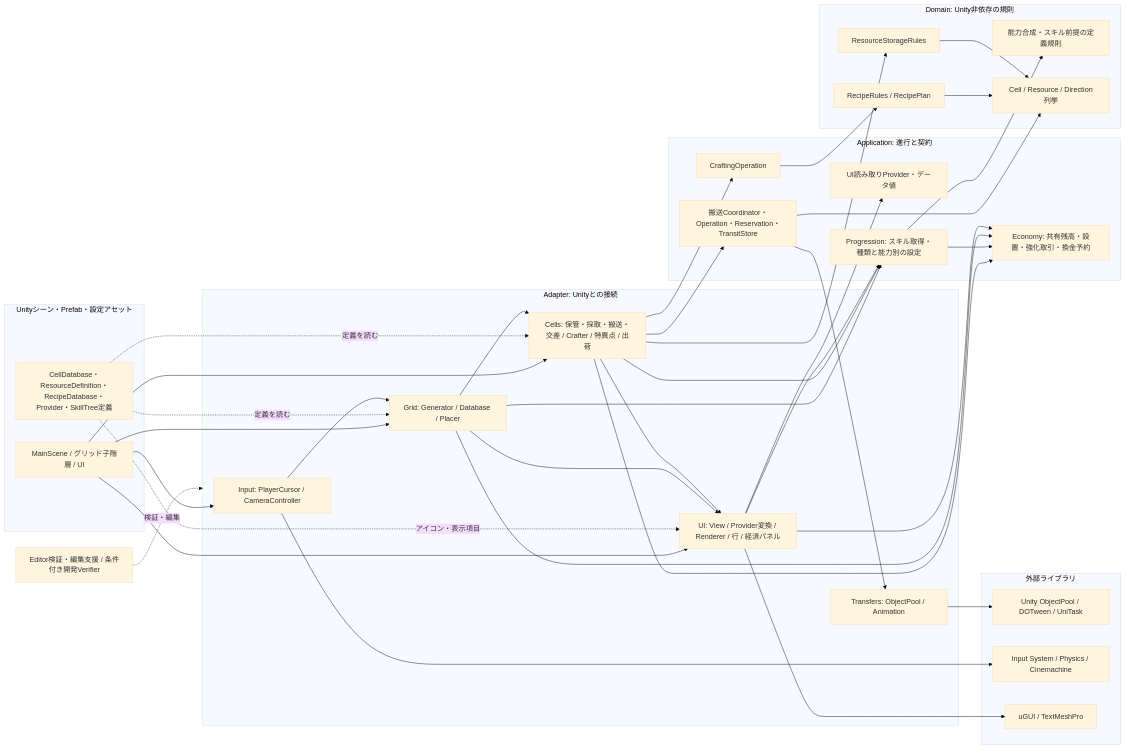
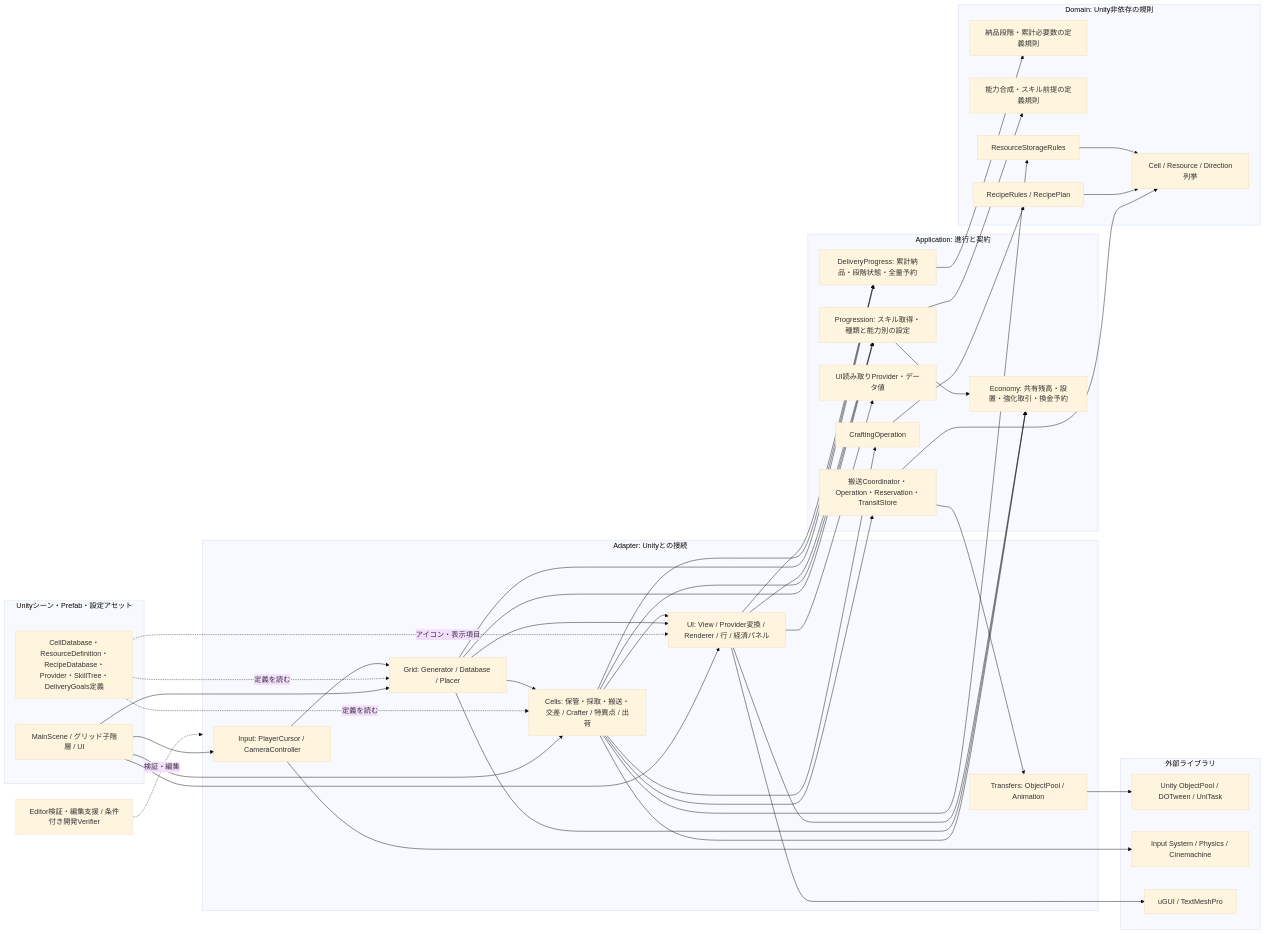
Before and after one commit to AoiTomiyama/FactoryGame: the first of 2 diagrams in docs/design/current-architecture.md, drawn with Mermaid (base theme). The commit also changed other lines of this file and 32 other files, not shown here.

````diff
--- a/docs/design/current-architecture.md
+++ b/docs/design/current-architecture.md
@@ -42,64 +42,70 @@
 ```mermaid
 flowchart LR
  subgraph Scene["Unityシーン・Prefab・設定アセット"]
   Main["MainScene / グリッド子階層 / UI"]
-  SO["CellDatabase・ResourceDefinition・RecipeDatabase・Provider・SkillTree定義"]
+  SO["CellDatabase・ResourceDefinition・RecipeDatabase・Provider・SkillTree・DeliveryGoals定義"]
  end
  subgraph Adapter["Adapter: Unityとの接続"]
   Input["Input: PlayerCursor / CameraController"]
   Grid["Grid: Generator / Database / Placer"]
   Cells["Cells: 保管・採取・搬送・交差 / Crafter / 特異点 / 出荷"]
   Presentation["Transfers: ObjectPool / Animation"]
   UI["UI: View / Provider変換 / Renderer / 行 / 経済パネル"]
  end
  subgraph Application["Application: 進行と契約"]
   Transfer["搬送Coordinator・Operation・Reservation・TransitStore"]
   Craft["CraftingOperation"]
   Read["UI読み取りProvider・データ値"]
   Progression["Progression: スキル取得・種類と能力別の設定"]
+  Delivery["DeliveryProgress: 累計納品・段階状態・全量予約"]
   Economy["Economy: 共有残高・設置・強化取引・換金予約"]
  end
  subgraph Domain["Domain: Unity非依存の規則"]
+  Goals["納品段階・累計必要数の定義規則"]
   Stats["能力合成・スキル前提の定義規則"]
   Storage["ResourceStorageRules"]
   Recipe["RecipeRules / RecipePlan"]
   Enum["Cell / Resource / Direction列挙"]
  end
  Main --> Input
  Main --> Grid
  Main --> Cells
  Main --> UI
  SO -. "定義を読む" .-> Grid
  SO -. "定義を読む" .-> Cells
  SO -. "アイコン・表示項目" .-> UI
  Input --> Grid
  Grid --> Cells
  Grid --> UI
  Cells --> Economy
  Grid --> Progression
  Cells --> Progression
  Progression --> Economy
  Progression --> Stats
  Grid --> Economy
  Cells --> Transfer
  Cells --> Craft
  Cells --> Storage
  Cells --> UI
  UI --> Read
  Transfer --> Presentation
  Transfer --> Enum
  Craft --> Recipe
  Recipe --> Enum
  Storage --> Enum
  Presentation --> External
  Input --> InputLib
  UI --> UILib
  Editor["Editor検証・編集支援 / 条件付き開発Verifier"] -. "検証・編集" .-> Adapter
  subgraph Libraries["外部ライブラリ"]
  External["Unity ObjectPool / DOTween / UniTask"]
  InputLib["Input System / Physics / Cinemachine"]
  UILib["uGUI / TextMeshPro"]
  end
  UI --> Economy
  UI --> Progression
+ Grid --> Delivery
+ Cells --> Delivery
+ UI --> Delivery
+ Delivery --> Goals
 ```
````
